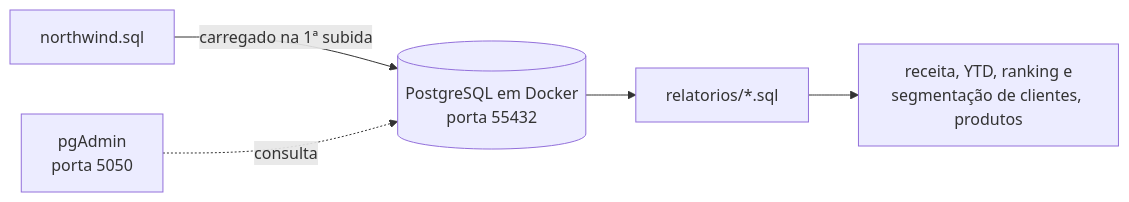
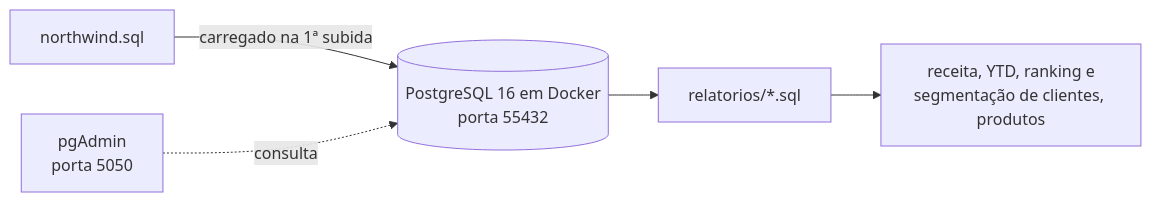
The first of 2 diagrams in README.md (Dev-PPrado/northwind-sales-analytics), drawn with Mermaid before and after one commit. The commit also changed other lines of this file and 3 other files, not shown here.

First line of the commit message:
Corrige relatórios 06 e 07 e fixa PostgreSQL 16

````diff
--- a/README.md
+++ b/README.md
@@ -9,7 +9,7 @@
 ```mermaid
 flowchart LR
-  DUMP[northwind.sql] -->|carregado na 1ª subida| PG[(PostgreSQL em Docker<br/>porta 55432)]
+  DUMP[northwind.sql] -->|carregado na 1ª subida| PG[(PostgreSQL 16 em Docker<br/>porta 55432)]
   PG --> R[relatorios/*.sql]
   R --> A[receita, YTD, ranking e<br/>segmentação de clientes, produtos]
   PGA[pgAdmin<br/>porta 5050] -.consulta.-> PG
 ```
````
